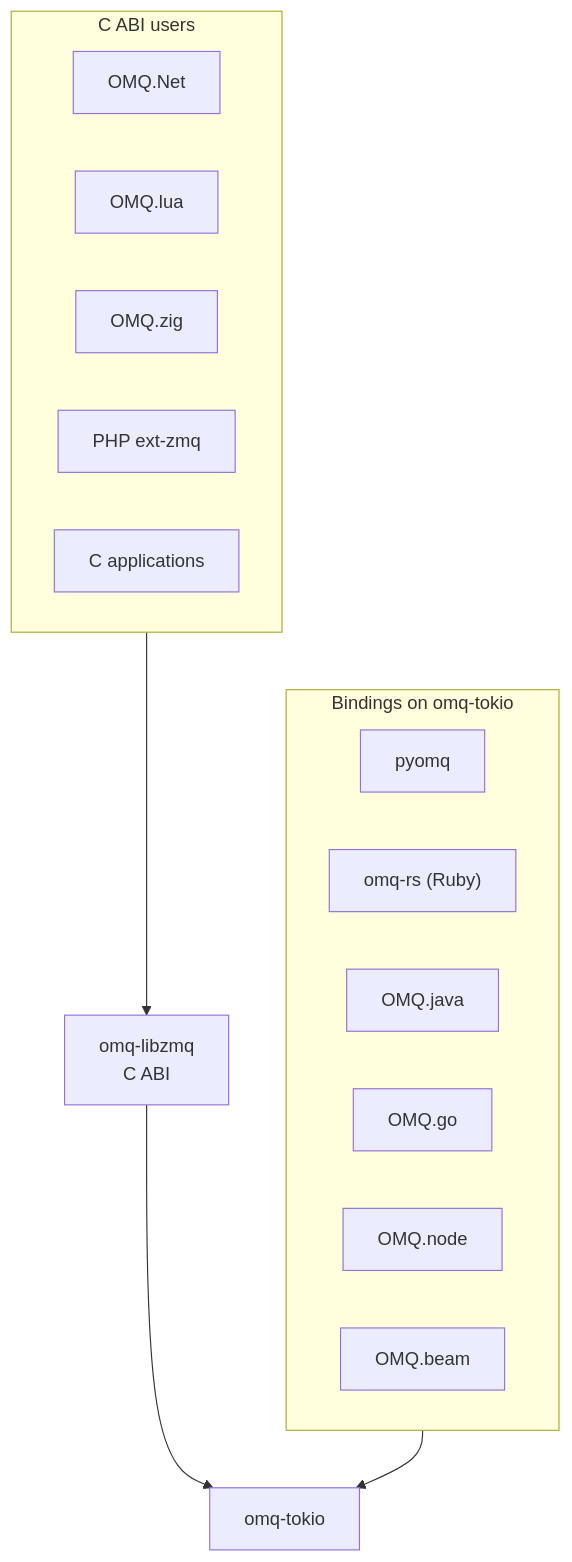
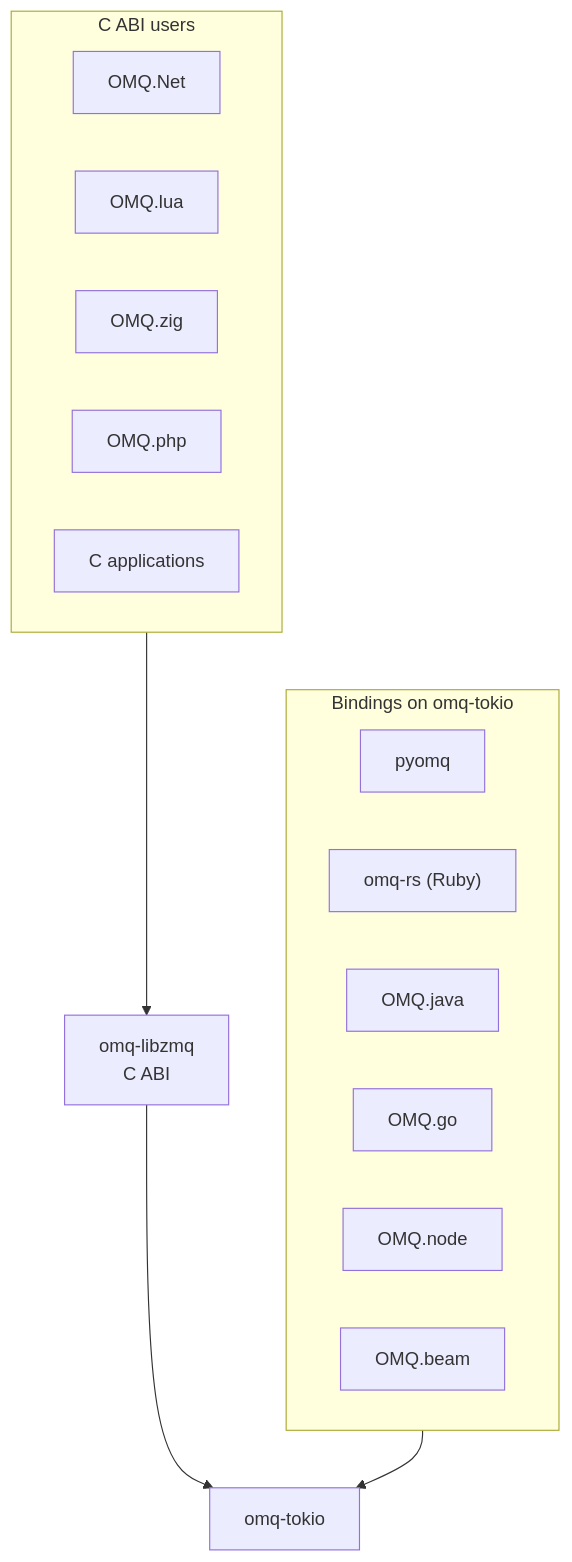
The diagram in doc/bindings.md (paddor/omq.rs), drawn with Mermaid before and after one commit. The commit also changed other lines of this file and 4 other files, not shown here.

First line of the commit message:
Document OMQ.php, chart it, and test it in CI

````diff
--- a/doc/bindings.md
+++ b/doc/bindings.md
@@ -8,21 +8,21 @@
 ```mermaid
 flowchart TD
     subgraph direct["Bindings on omq-tokio"]
         py["pyomq"]
         rb["omq-rs (Ruby)"]
         java["OMQ.java"]
         go["OMQ.go"]
         node["OMQ.node"]
         beam["OMQ.beam"]
     end
     subgraph cabi["C ABI users"]
         net["OMQ.Net"]
         lua["OMQ.lua"]
         zig["OMQ.zig"]
-        php["PHP ext-zmq"]
+        php["OMQ.php"]
         c["C applications"]
     end
     cabi --> libzmq["omq-libzmq<br/>C ABI"]
     direct --> tokio["omq-tokio"]
     libzmq --> tokio
 ```
````
